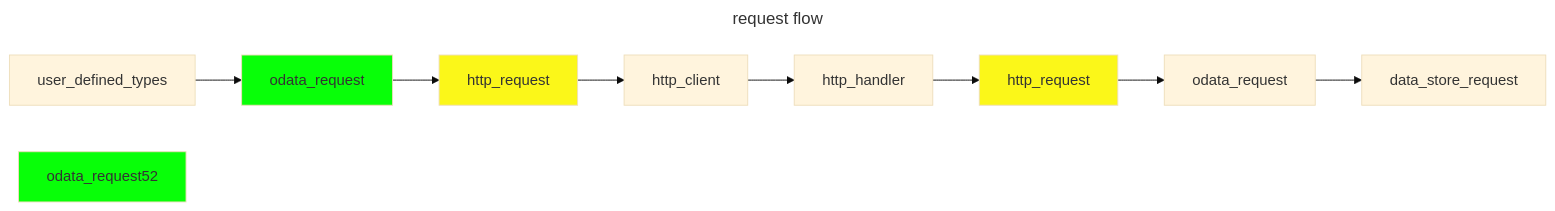
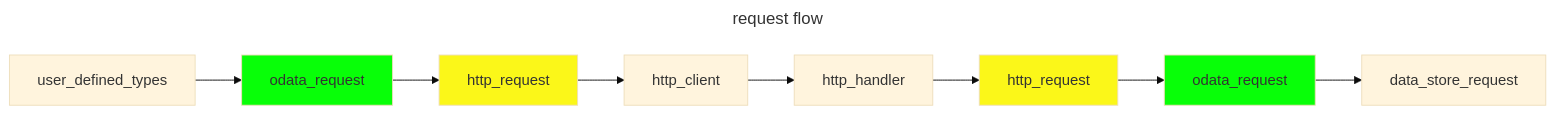
One commit to OData/odata.net changed the first of 2 diagrams in docs/architecture.md. Above: the diagram before and after it, drawn with Mermaid (base theme).

````diff
--- a/docs/architecture.md
+++ b/docs/architecture.md
@@ -221,27 +221,27 @@
 ```mermaid
 ---
 title: request flow
 ---
 flowchart LR
     user_defined_types
     odata_request1[odata_request]
     http_request1[http_request]
     http_client
     http_handler
     http_request2[http_request]
     odata_request2[odata_request]
     data_store_request
 
     user_defined_types --> odata_request1
     odata_request1 --> http_request1
     http_request1 --> http_client
     http_client --> http_handler
     http_handler --> http_request2
     http_request2 --> odata_request2
     odata_request2 --> data_store_request
 
     style odata_request1 fill:#08FF08
-    style odata_request52 fill:#08FF08
+    style odata_request2 fill:#08FF08
     style http_request1 fill:#FBF719
     style http_request2 fill:#FBF719
 ```
````
